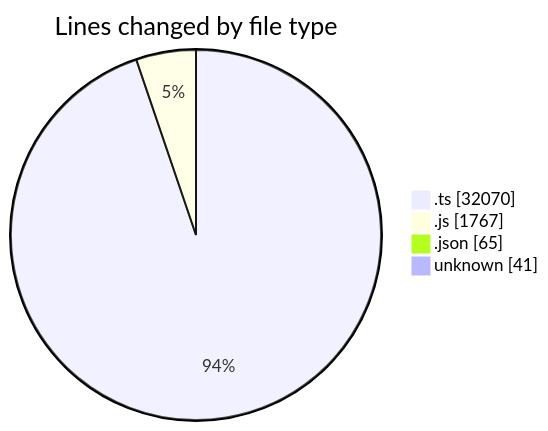
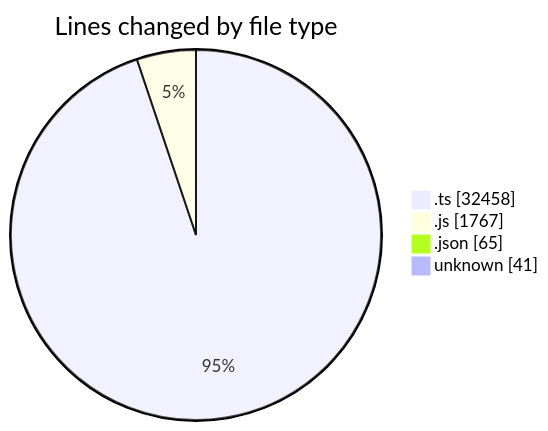
Before and after one commit to momahboobian/code-tracking: the first of 2 diagrams in 2025-07-31/cda/README.md, drawn with Mermaid. The commit also changed other lines of this file and 1 other file, not shown here.

````diff
--- a/2025-07-31/cda/README.md
+++ b/2025-07-31/cda/README.md
@@ -28,8 +29,8 @@
 ```mermaid
 pie showData
 title Lines changed by file type
-".ts" : 32070
+".ts" : 32458
 ".js" : 1767
 ".json" : 65
 "unknown" : 41
 ```
````
